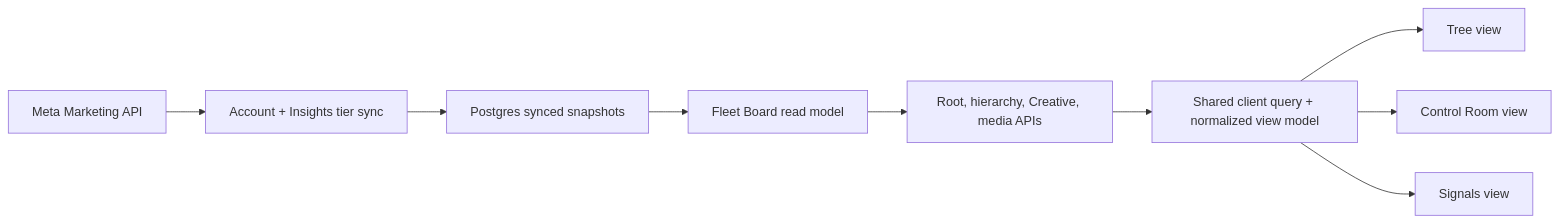
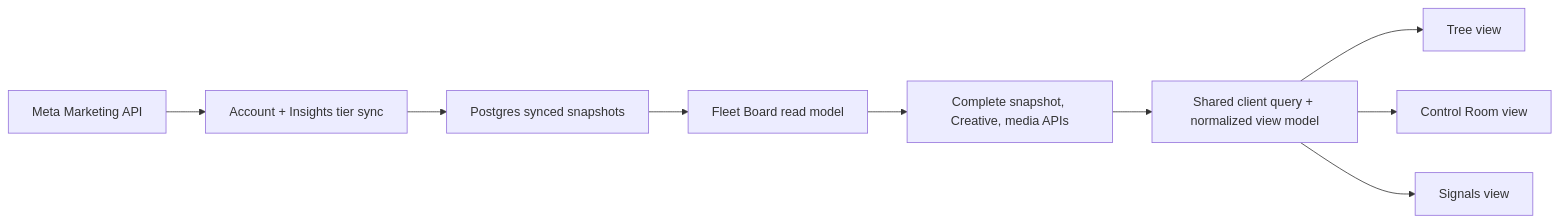
Before and after one commit to todorone/adomata: the diagram in docs/plans/meta-fleet-dashboard-development-plan.md, drawn with Mermaid. The commit also changed other lines of this file and 13 other files, not shown here.

First line of the commit message:
Replace lazy Fleet Board hierarchy loading with a complete snapshot (#42)

````diff
--- a/docs/plans/meta-fleet-dashboard-development-plan.md
+++ b/docs/plans/meta-fleet-dashboard-development-plan.md
@@ -48,11 +48,11 @@
 ```mermaid
 flowchart LR
   Meta["Meta Marketing API"] --> Sync["Account + Insights tier sync"]
   Sync --> DB["Postgres synced snapshots"]
   DB --> Read["Fleet Board read model"]
-  Read --> API["Root, hierarchy, Creative, media APIs"]
+  Read --> API["Complete snapshot, Creative, media APIs"]
   API --> Model["Shared client query + normalized view model"]
   Model --> Tree["Tree view"]
   Model --> Control["Control Room view"]
   Model --> Signals["Signals view"]
 ```
````
